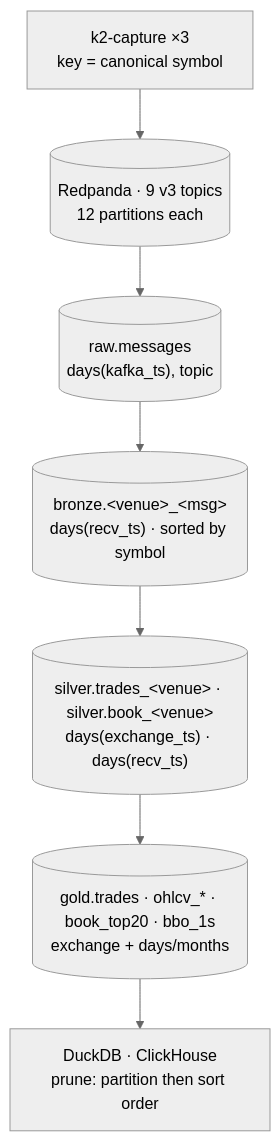
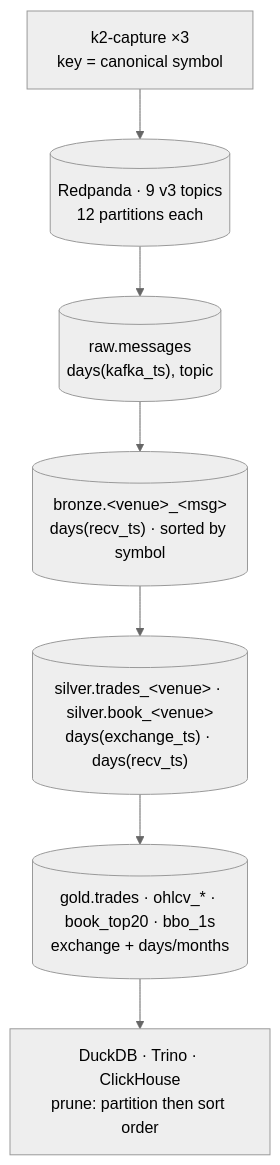
One commit to rjdscott/k2-market-data-platform changed the diagram in docs/architecture/14-partitioning-strategy.md. Above: the diagram before and after it, drawn with Mermaid (neutral theme). The commit also changed other lines of this file and 7 other files, not shown here.

First line of the commit message:
docs(architecture): chapters 04, 08, 09, 11, 12, 13, 14 and A1 in line with P3

````diff
--- a/docs/architecture/14-partitioning-strategy.md
+++ b/docs/architecture/14-partitioning-strategy.md
@@ -17,11 +17,11 @@
 ```mermaid
 flowchart TB
   CAP["k2-capture ×3<br/>key = canonical symbol"]
   RP[("Redpanda · 9 v3 topics<br/>12 partitions each")]
   RAW[("raw.messages<br/>days(kafka_ts), topic")]
   BR[("bronze.&lt;venue&gt;_&lt;msg&gt;<br/>days(recv_ts) · sorted by symbol")]
   SV[("silver.trades_&lt;venue&gt; · silver.book_&lt;venue&gt;<br/>days(exchange_ts) · days(recv_ts)")]
   GD[("gold.trades · ohlcv_* · book_top20 · bbo_1s<br/>exchange + days/months")]
-  Q["DuckDB · ClickHouse<br/>prune: partition then sort order"]
+  Q["DuckDB · Trino · ClickHouse<br/>prune: partition then sort order"]
   CAP --> RP --> RAW --> BR --> SV --> GD --> Q
 ```
````
